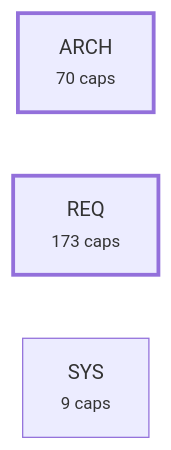
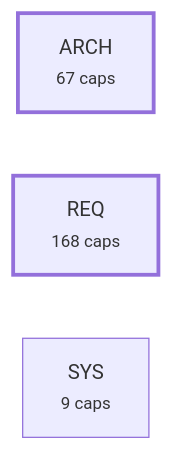
The fourth of 5 diagrams in plugin/requirements/_map.md (alxmax/Requirement-manager), drawn with Mermaid before and after one commit. The commit also changed other lines of this file and 27 other files, not shown here.

````diff
--- a/plugin/requirements/_map.md
+++ b/plugin/requirements/_map.md
@@ -1035,8 +986,8 @@
 ```mermaid
 graph LR
-  a_ARCH["ARCH<br><small>70 caps</small>"]
-  a_REQ["REQ<br><small>173 caps</small>"]
+  a_ARCH["ARCH<br><small>67 caps</small>"]
+  a_REQ["REQ<br><small>168 caps</small>"]
   a_SYS["SYS<br><small>9 caps</small>"]
   style a_ARCH stroke-width:3px
   style a_REQ stroke-width:3px
 ```
````
